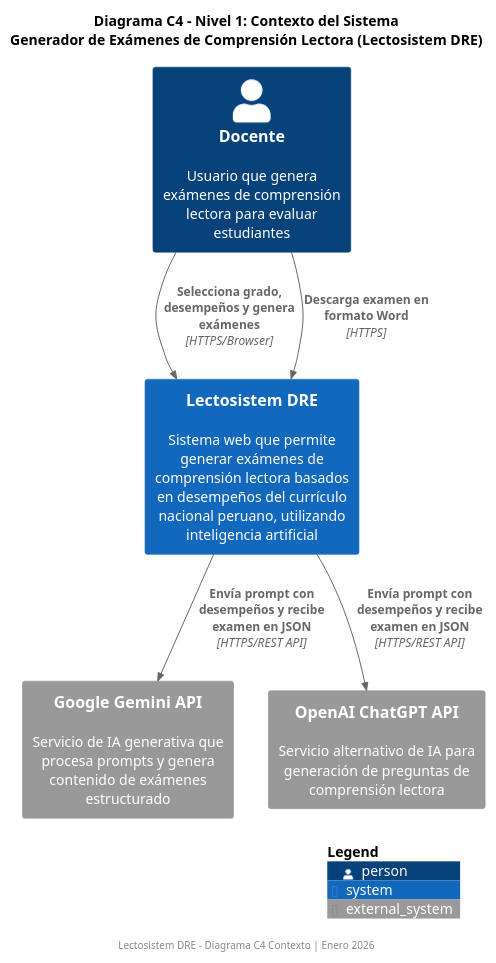
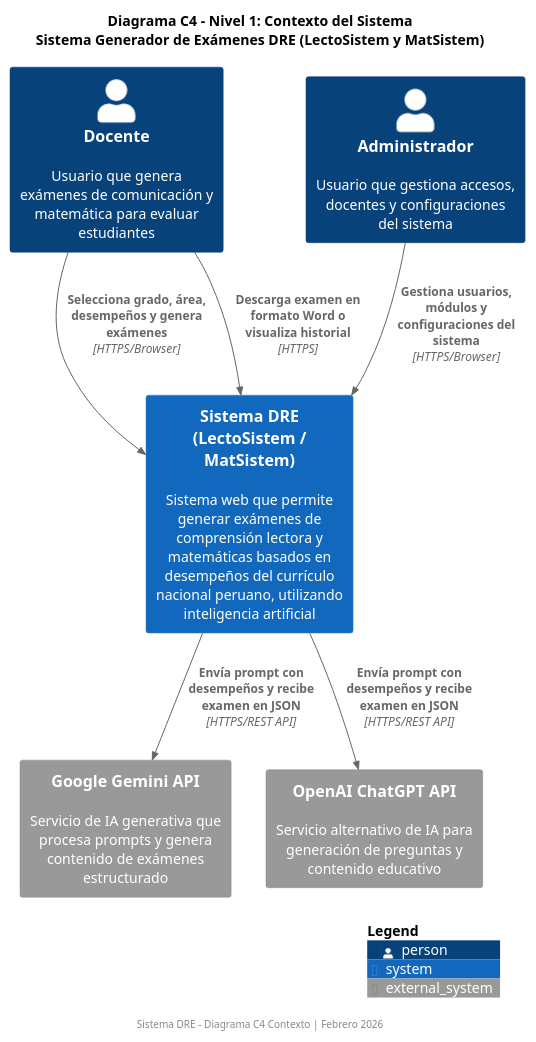
The diagram in diagrams/c4_contexto_generador.puml (royeraf/generador_examenes_DRE), drawn with PlantUML before and after one commit. The commit also changed 6 other files, not shown here.

```diff
--- a/diagrams/c4_contexto_generador.puml
+++ b/diagrams/c4_contexto_generador.puml
@@ -1,24 +1,27 @@
 @startuml c4_contexto_generador
 !include https://raw.githubusercontent.com/plantuml-stdlib/C4-PlantUML/master/C4_Context.puml
 
 LAYOUT_WITH_LEGEND()
 
-title Diagrama C4 - Nivel 1: Contexto del Sistema\nGenerador de Exámenes de Comprensión Lectora (Lectosistem DRE)
+title Diagrama C4 - Nivel 1: Contexto del Sistema\nSistema Generador de Exámenes DRE (LectoSistem y MatSistem)
 
-Person(docente, "Docente", "Usuario que genera exámenes de comprensión lectora para evaluar estudiantes")
+Person(docente, "Docente", "Usuario que genera exámenes de comunicación y matemática para evaluar estudiantes")
+Person(admin, "Administrador", "Usuario que gestiona accesos, docentes y configuraciones del sistema")
 
-System(lectosistem, "Lectosistem DRE", "Sistema web que permite generar exámenes de comprensión lectora basados en desempeños del currículo nacional peruano, utilizando inteligencia artificial")
+System(sistema_dre, "Sistema DRE\n(LectoSistem / MatSistem)", "Sistema web que permite generar exámenes de comprensión lectora y matemáticas basados en desempeños del currículo nacional peruano, utilizando inteligencia artificial")
 
 System_Ext(gemini, "Google Gemini API", "Servicio de IA generativa que procesa prompts y genera contenido de exámenes estructurado")
 
-System_Ext(chatgpt, "OpenAI ChatGPT API", "Servicio alternativo de IA para generación de preguntas de comprensión lectora")
+System_Ext(chatgpt, "OpenAI ChatGPT API", "Servicio alternativo de IA para generación de preguntas y contenido educativo")
 
-Rel(docente, lectosistem, "Selecciona grado, desempeños y genera exámenes", "HTTPS/Browser")
-Rel(lectosistem, gemini, "Envía prompt con desempeños y recibe examen en JSON", "HTTPS/REST API")
-Rel(lectosistem, chatgpt, "Envía prompt con desempeños y recibe examen en JSON", "HTTPS/REST API")
-Rel(docente, lectosistem, "Descarga examen en formato Word", "HTTPS")
+Rel(docente, sistema_dre, "Selecciona grado, área, desempeños y genera exámenes", "HTTPS/Browser")
+Rel(docente, sistema_dre, "Descarga examen en formato Word o visualiza historial", "HTTPS")
+Rel(admin, sistema_dre, "Gestiona usuarios, módulos y configuraciones del sistema", "HTTPS/Browser")
+
+Rel(sistema_dre, gemini, "Envía prompt con desempeños y recibe examen en JSON", "HTTPS/REST API")
+Rel(sistema_dre, chatgpt, "Envía prompt con desempeños y recibe examen en JSON", "HTTPS/REST API")
 
 SHOW_LEGEND()
 
-footer Lectosistem DRE - Diagrama C4 Contexto | Enero 2026
+footer Sistema DRE - Diagrama C4 Contexto | Febrero 2026
 @enduml
```
